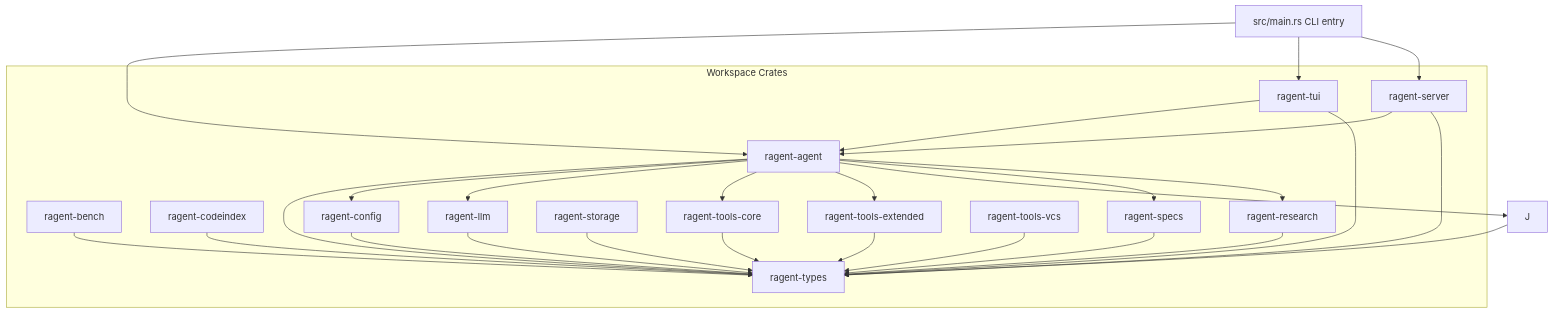
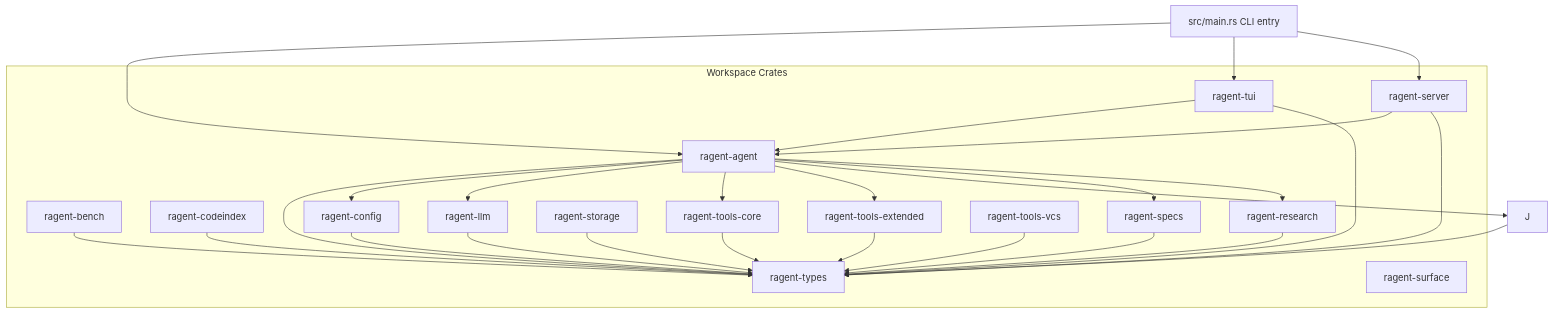
The second of 20 diagrams in SPEC.md (thawkins/ragent), drawn with Mermaid before and after one commit. The commit also changed other lines of this file and 797 other files, not shown here.

````diff
--- a/SPEC.md
+++ b/SPEC.md
@@ -532,47 +542,48 @@
 ```mermaid
 graph TB
     subgraph "Workspace Crates"
         A[ragent-agent]
         B[ragent-bench]
         C[ragent-codeindex]
         D[ragent-config]
         E[ragent-llm]
         G[ragent-server]
         H[ragent-specs]
         I[ragent-storage]
         K[ragent-tools-core]
         L[ragent-tools-extended]
         M[ragent-tools-vcs]
         N[ragent-tui]
         O[ragent-types]
         P[ragent-research]
+        S[ragent-surface]
     end
 
     Q[src/main.rs CLI entry]
     Q --> A
     Q --> N
     Q --> G
     A --> O
     A --> D
     A --> E
     A --> K
     A --> L
     A --> J
     A --> H
     A --> P
     N --> A
     N --> O
     G --> A
     G --> O
     J --> O
     K --> O
     L --> O
     M --> O
     C --> O
     I --> O
     E --> O
     D --> O
     B --> O
     H --> O
     P --> O
 ```
````
